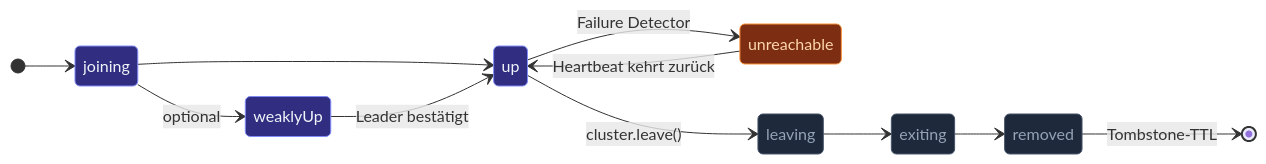
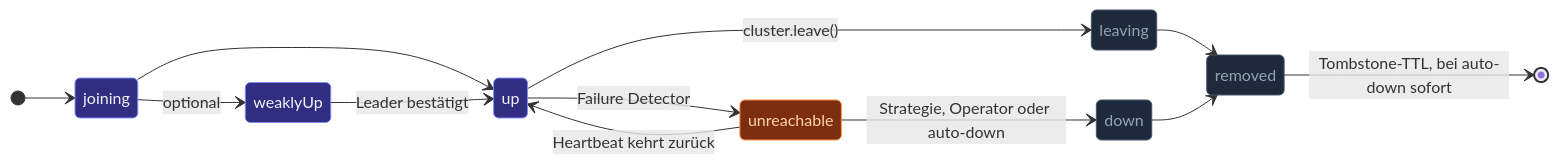
The diagram in docs/src/content/docs/de/cluster/overview.mdx (pathosDev/actor-ts), drawn with Mermaid before and after one commit. The commit also changed other lines of this file and 5 other files, not shown here.

````diff
--- a/docs/src/content/docs/de/cluster/overview.mdx
+++ b/docs/src/content/docs/de/cluster/overview.mdx
@@ -159,20 +159,21 @@
 ```mermaid
 stateDiagram-v2
   direction LR
   [*] --> joining
   joining --> weaklyUp: optional
   joining --> up
   weaklyUp --> up: Leader bestätigt
   up --> unreachable: Failure Detector
   unreachable --> up: Heartbeat kehrt zurück
+  unreachable --> down: Strategie, Operator oder auto-down
   up --> leaving: cluster.leave()
-  leaving --> exiting
-  exiting --> removed
-  removed --> [*]: Tombstone-TTL
+  leaving --> removed
+  down --> removed
+  removed --> [*]: Tombstone-TTL, bei auto-down sofort
   classDef happy   fill:#312e81,stroke:#818cf8,color:#f1f5f9;
   classDef warn    fill:#7c2d12,stroke:#fb923c,color:#fed7aa;
   classDef gone    fill:#1e293b,stroke:#475569,color:#94a3b8;
   class joining,weaklyUp,up happy
   class unreachable warn
-  class leaving,exiting,removed gone
+  class leaving,down,removed gone
 ```
````
